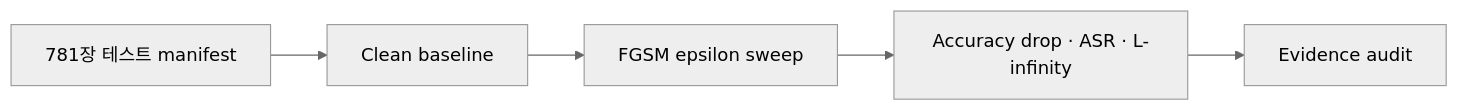
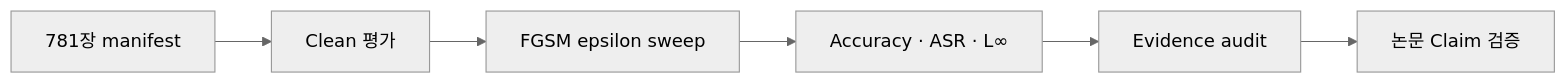
Before and after one commit to heechan9/AdversarialAI_Security: the diagram in README.md, drawn with Mermaid (neutral theme). The commit also changed other lines of this file, not shown here.

````diff
--- a/README.md
+++ b/README.md
@@ -40,7 +101,8 @@
 ```mermaid
 flowchart LR
-    A[781장 테스트 manifest] --> B[Clean baseline]
-    B --> C[FGSM epsilon sweep]
-    C --> D[Accuracy drop · ASR · L-infinity]
-    D --> E[Evidence audit]
+    A["781장 manifest"] --> B["Clean 평가"]
+    B --> C["FGSM epsilon sweep"]
+    C --> D["Accuracy · ASR · L∞"]
+    D --> E["Evidence audit"]
+    E --> F["논문 Claim 검증"]
 ```
````
